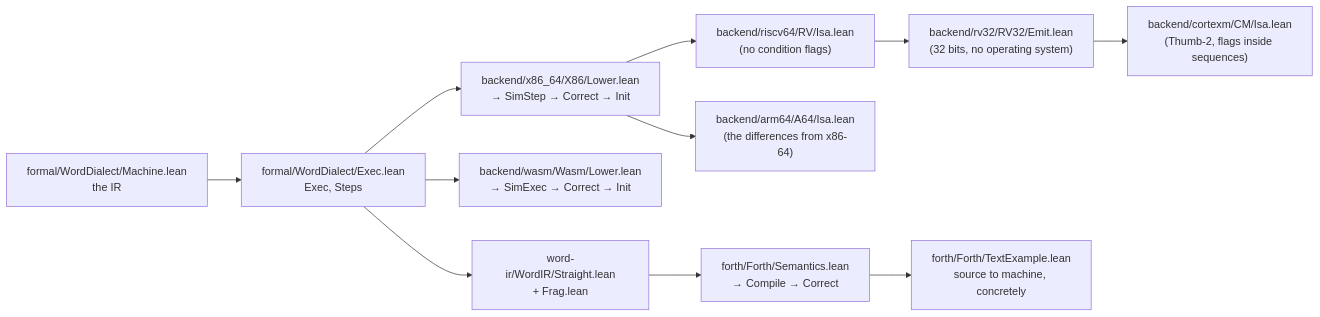
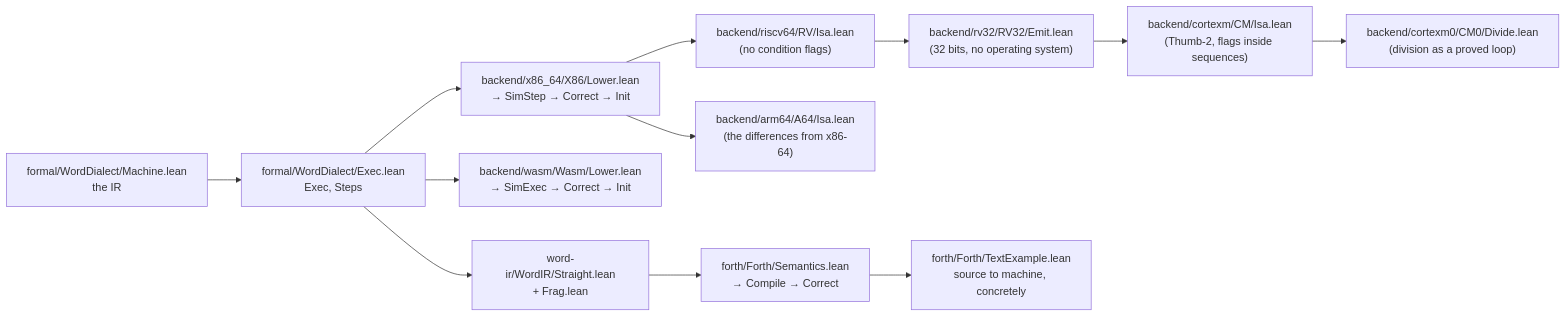
One commit to SNAPKITTYAGENT9NOVA/ai-free changed diagram 17 of 17 in README.md. Above: the diagram before and after it, drawn with Mermaid. The commit also changed other lines of this file and 29 other files, not shown here.

First line of the commit message:
Cortex-M0 profile: ARMv6-M at 32-bit words, division by a proved loop

````diff
--- a/README.md
+++ b/README.md
@@ -2067,13 +2213,14 @@
 ```mermaid
 flowchart LR
   A["formal/WordDialect/Machine.lean<br/>the IR"] --> B["formal/WordDialect/Exec.lean<br/>Exec, Steps"]
   B --> C["word-ir/WordIR/Straight.lean<br/>+ Frag.lean"]
   C --> D["forth/Forth/Semantics.lean<br/>→ Compile → Correct"]
   B --> E["backend/wasm/Wasm/Lower.lean<br/>→ SimExec → Correct → Init"]
   B --> F["backend/x86_64/X86/Lower.lean<br/>→ SimStep → Correct → Init"]
   F --> AA["backend/arm64/A64/Isa.lean<br/>(the differences from x86-64)"]
   F --> RR["backend/riscv64/RV/Isa.lean<br/>(no condition flags)"]
   RR --> MC["backend/rv32/RV32/Emit.lean<br/>(32 bits, no operating system)"]
   MC --> CMR["backend/cortexm/CM/Isa.lean<br/>(Thumb-2, flags inside sequences)"]
+  CMR --> CM0R["backend/cortexm0/CM0/Divide.lean<br/>(division as a proved loop)"]
   D --> G["forth/Forth/TextExample.lean<br/>source to machine, concretely"]
 ```
````
